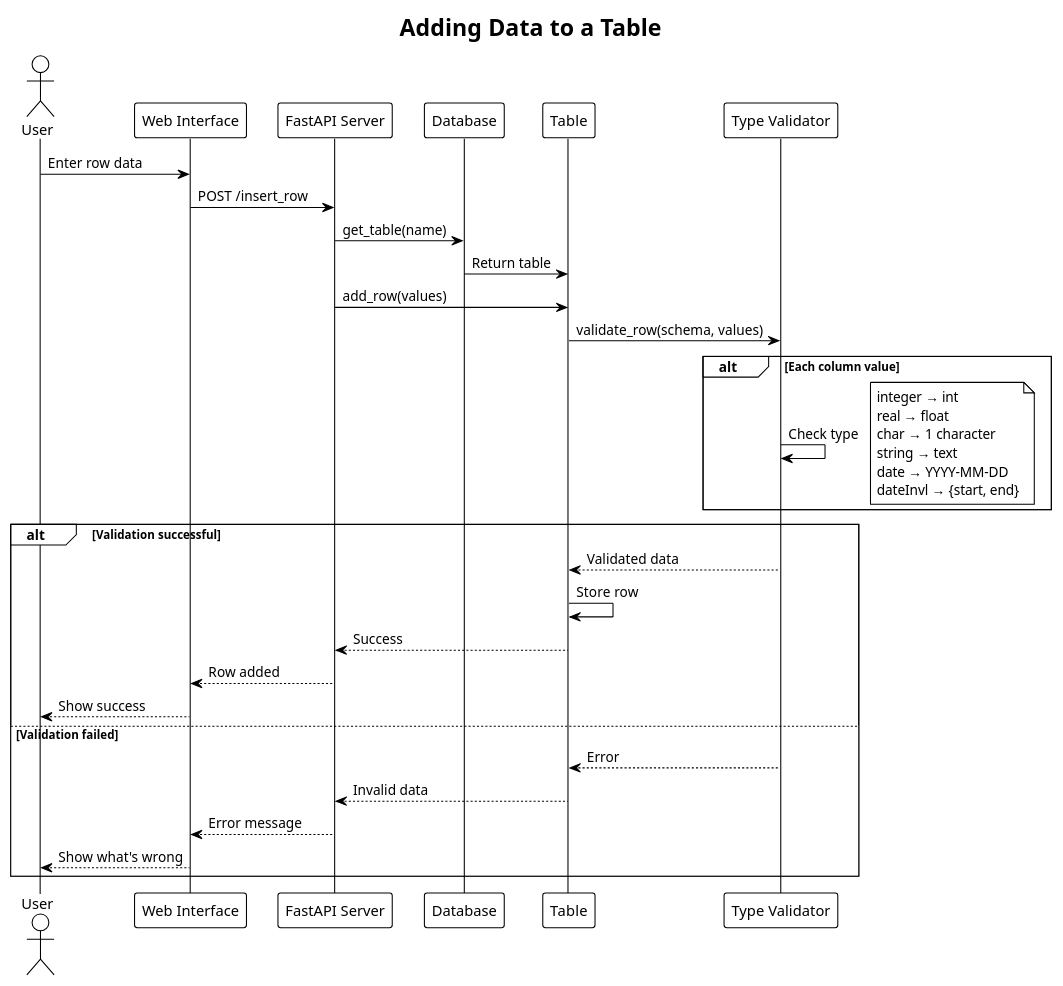
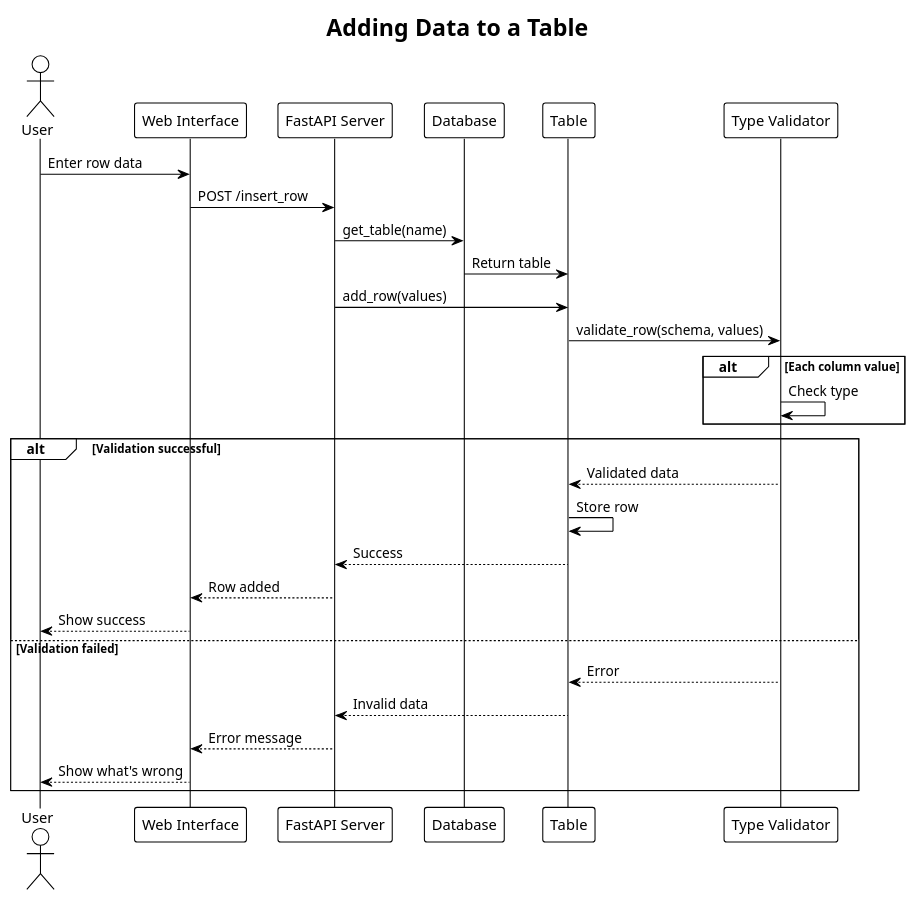
The diagram in UML/05_sequence_insert.puml (PavelShpagin/TDMS), drawn with PlantUML before and after one commit. The commit also changed 44 other files, not shown here.

```diff
--- a/UML/05_sequence_insert.puml
+++ b/UML/05_sequence_insert.puml
@@ -1,45 +1,38 @@
 @startuml sequence_insert
 !theme plain
 title Adding Data to a Table
 
 actor User
 participant "Web Interface" as UI
 participant "FastAPI Server" as API
 participant "Database" as DB
 participant "Table" as Table
 participant "Type Validator" as Validator
 
 User -> UI: Enter row data
 UI -> API: POST /insert_row
 API -> DB: get_table(name)
 DB -> Table: Return table
 
 API -> Table: add_row(values)
 Table -> Validator: validate_row(schema, values)
 
 alt Each column value
   Validator -> Validator: Check type
-  note right
-    integer → int
-    real → float
-    char → 1 character
-    string → text
-    date → YYYY-MM-DD
-    dateInvl → {start, end}
-  end note
+  
 end
 
 alt Validation successful
   Validator --> Table: Validated data
   Table -> Table: Store row
   Table --> API: Success
   API --> UI: Row added
   UI --> User: Show success
 else Validation failed
   Validator --> Table: Error
   Table --> API: Invalid data
   API --> UI: Error message
   UI --> User: Show what's wrong
 end
 
 @enduml
```
